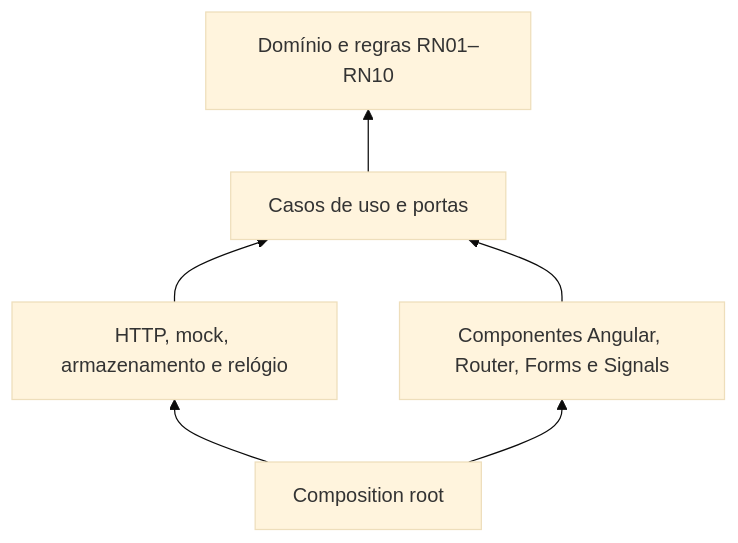
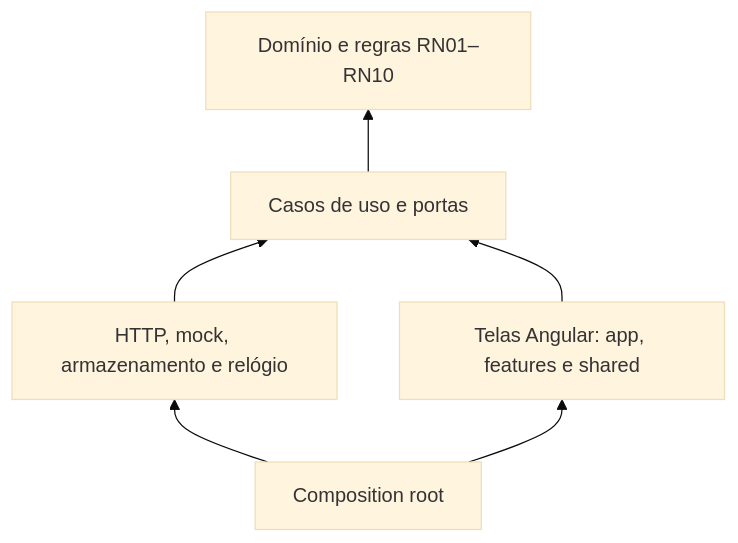
One commit to GabrielLTM/court-manager-frontend changed the diagram in README.md. Above: the diagram before and after it, drawn with Mermaid (base theme). The commit also changed other lines of this file and 288 other files, not shown here.

````diff
--- a/README.md
+++ b/README.md
@@ -78,8 +75,8 @@
 ```mermaid
 flowchart BT
  application[Casos de uso e portas] --> domain[Domínio e regras RN01–RN10]
  infrastructure[HTTP, mock, armazenamento e relógio] --> application
- presentation[Componentes Angular, Router, Forms e Signals] --> application
+ interface[Telas Angular: app, features e shared] --> application
  di[Composition root] --> infrastructure
- di --> presentation
+ di --> interface
 ```
````
